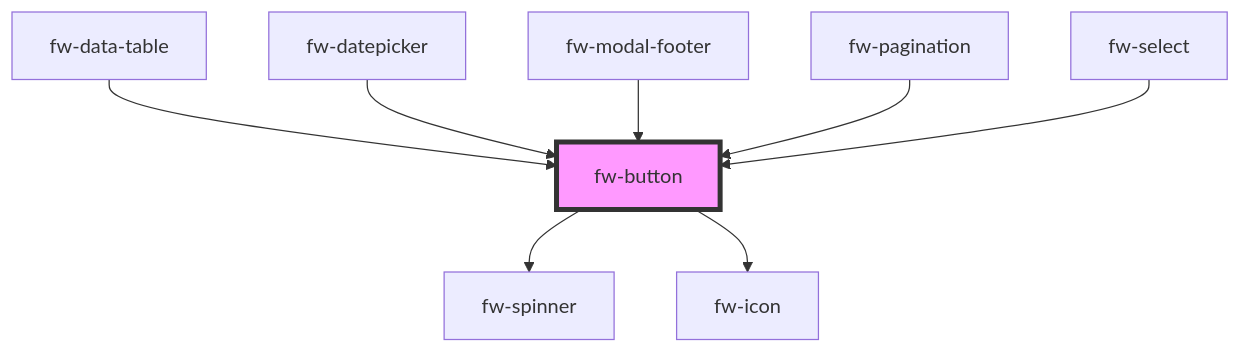
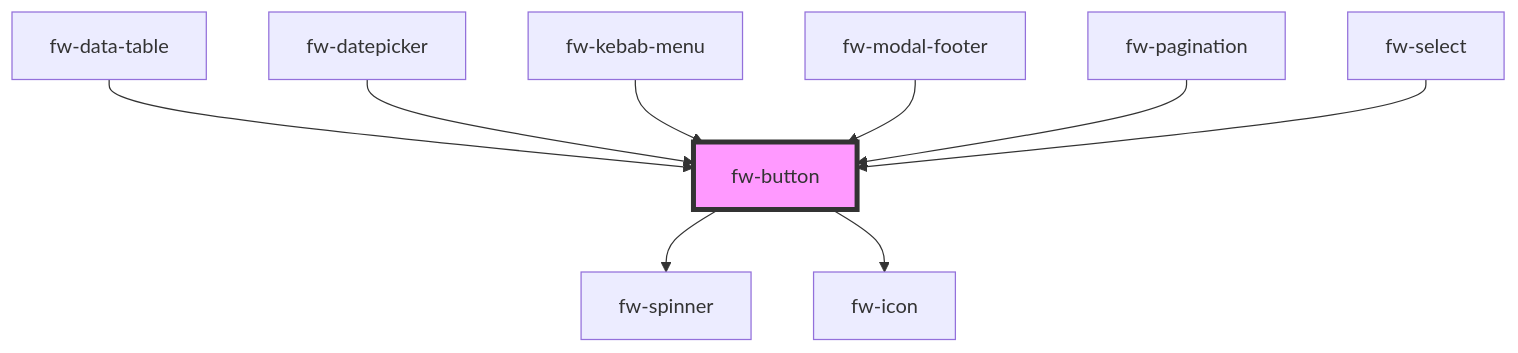
Before and after one commit to freshworks/crayons: the diagram in packages/crayons-core/src/components/button/readme.md, drawn with Mermaid. The commit also changed other lines of this file and 9 other files, not shown here.

Commit message:
feat: add kebab menu component, modify row actions in datatable

````diff
--- a/packages/crayons-core/src/components/button/readme.md
+++ b/packages/crayons-core/src/components/button/readme.md
@@ -312,11 +313,12 @@
 ```mermaid
 graph TD;
   fw-button --> fw-spinner
   fw-button --> fw-icon
   fw-data-table --> fw-button
   fw-datepicker --> fw-button
+  fw-kebab-menu --> fw-button
   fw-modal-footer --> fw-button
   fw-pagination --> fw-button
   fw-select --> fw-button
   style fw-button fill:#f9f,stroke:#333,stroke-width:4px
 ```
````
